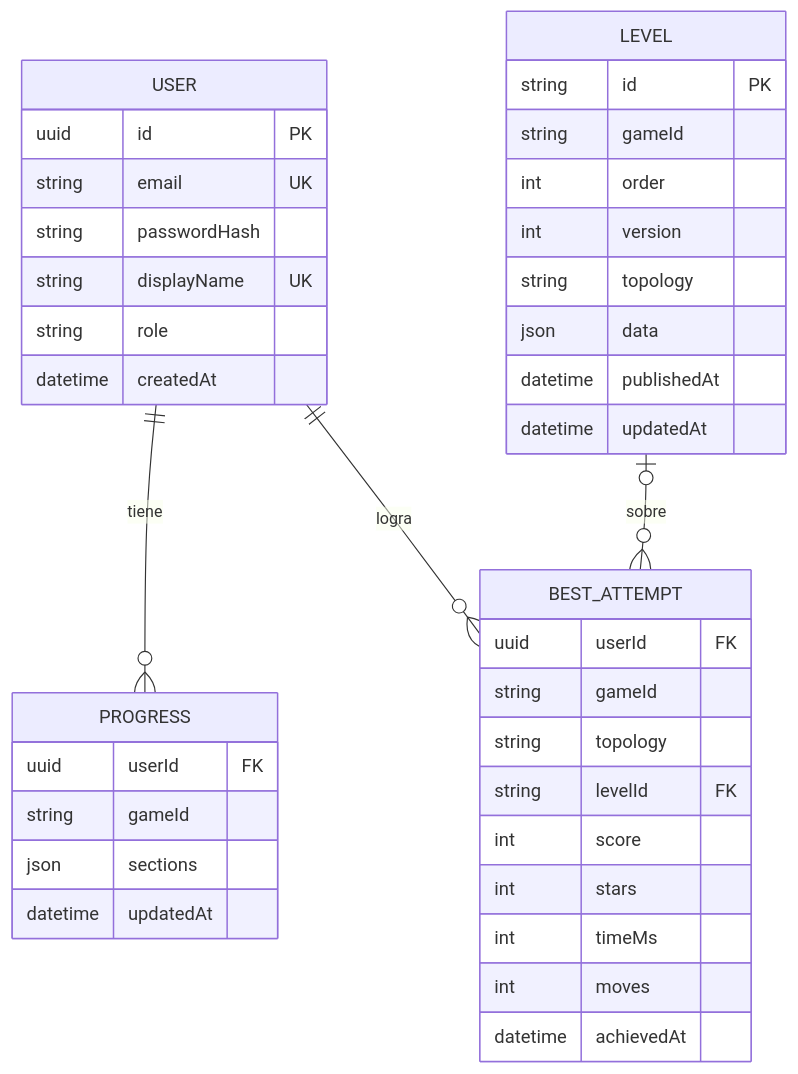
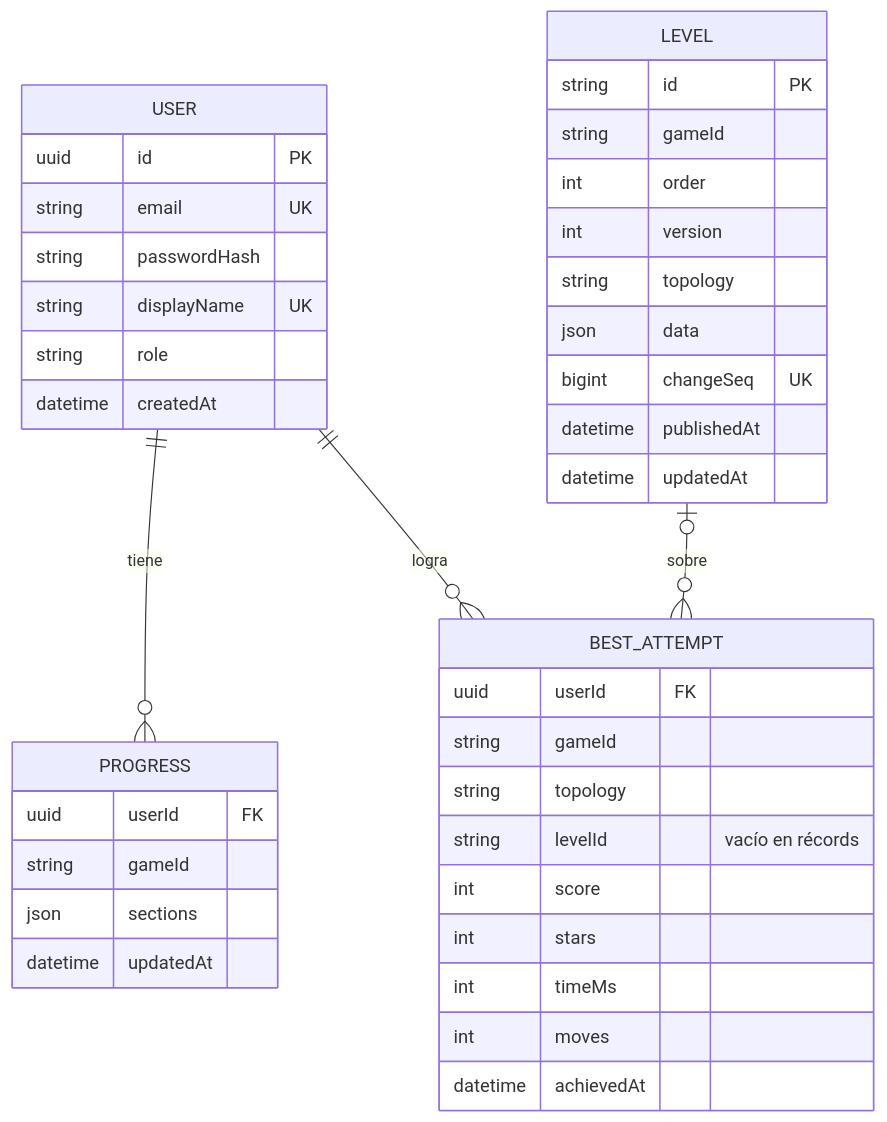
The fourth of 4 diagrams in docs/architecture/ARQ-01-API-GENERAL.md (DanielHaro28/hexablock-api), drawn with Mermaid before and after one commit. The commit also changed other lines of this file and 35 other files, not shown here.

First line of the commit message:
docs(contracts): add openapi contract, json schemas and data models

````diff
--- a/docs/architecture/ARQ-01-API-GENERAL.md
+++ b/docs/architecture/ARQ-01-API-GENERAL.md
@@ -154,41 +154,42 @@
 ```mermaid
 erDiagram
     USER ||--o{ PROGRESS : tiene
     USER ||--o{ BEST_ATTEMPT : logra
     LEVEL |o--o{ BEST_ATTEMPT : sobre
     USER {
         uuid id PK
         string email UK
         string passwordHash
         string displayName UK
         string role
         datetime createdAt
     }
     PROGRESS {
         uuid userId FK
         string gameId
         json sections
         datetime updatedAt
     }
     BEST_ATTEMPT {
         uuid userId FK
         string gameId
         string topology
-        string levelId FK
+        string levelId "vacío en récords"
         int score
         int stars
         int timeMs
         int moves
         datetime achievedAt
     }
     LEVEL {
         string id PK
         string gameId
         int order
         int version
         string topology
         json data
+        bigint changeSeq UK
         datetime publishedAt
         datetime updatedAt
     }
 ```
````
